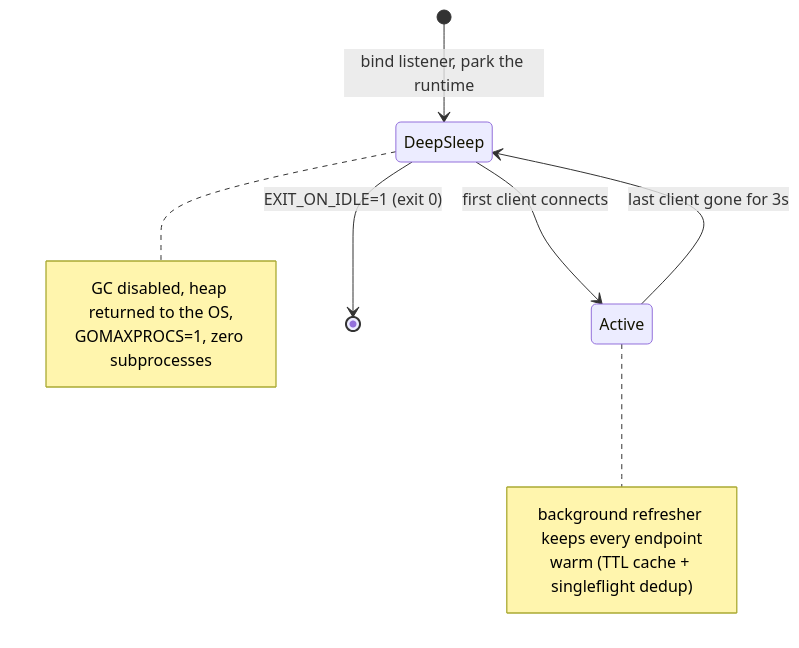
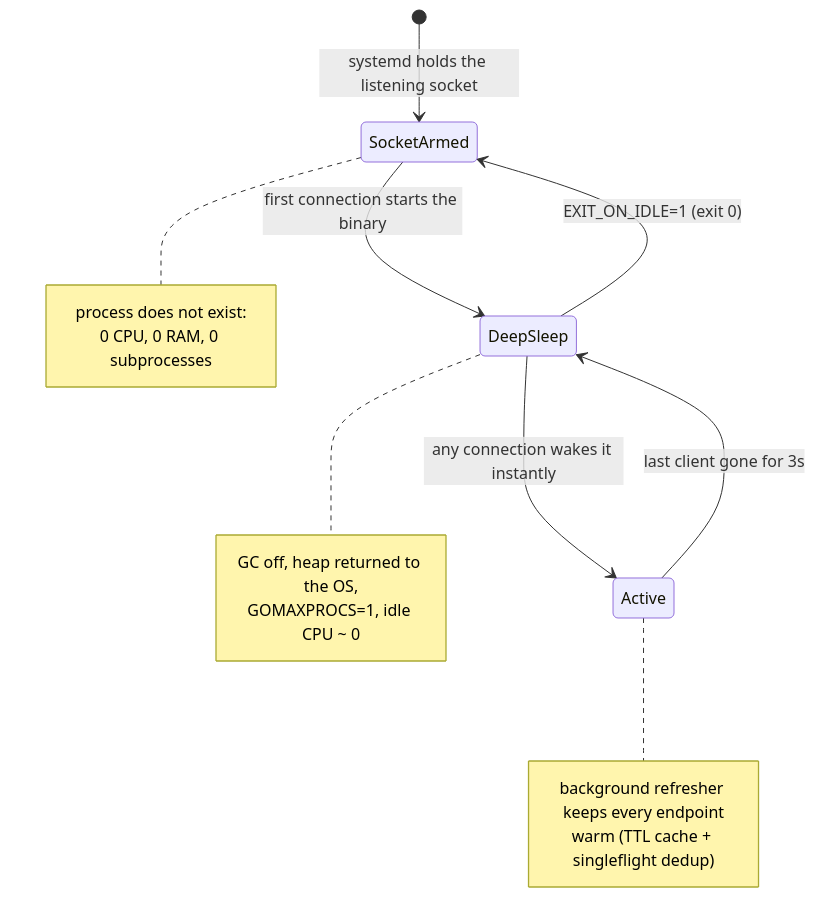
One commit to paepckehh/zdash changed the first of 2 diagrams in README.md. Above: the diagram before and after it, drawn with Mermaid. The commit also changed other lines of this file and 3 other files, not shown here.

````diff
--- a/README.md
+++ b/README.md
@@ -87,15 +92,20 @@
 ```mermaid
 stateDiagram-v2
-    [*] --> DeepSleep : bind listener, park the runtime
-    DeepSleep --> Active : first client connects
+    [*] --> SocketArmed : systemd holds the listening socket
+    SocketArmed --> DeepSleep : first connection starts the binary
+    DeepSleep --> Active : any connection wakes it instantly
     Active --> DeepSleep : last client gone for 3s
-    DeepSleep --> [*] : EXIT_ON_IDLE=1 (exit 0)
+    DeepSleep --> SocketArmed : EXIT_ON_IDLE=1 (exit 0)
+    note right of SocketArmed
+        process does not exist:
+        0 CPU, 0 RAM, 0 subprocesses
+    end note
     note right of DeepSleep
-        GC disabled, heap returned to the OS,
-        GOMAXPROCS=1, zero subprocesses
+        GC off, heap returned to the OS,
+        GOMAXPROCS=1, idle CPU ~ 0
     end note
     note right of Active
         background refresher keeps every endpoint
         warm (TTL cache + singleflight dedup)
     end note
 ```
````
